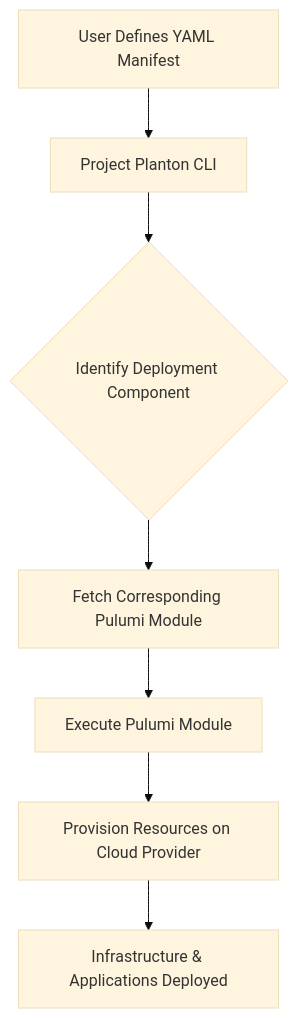
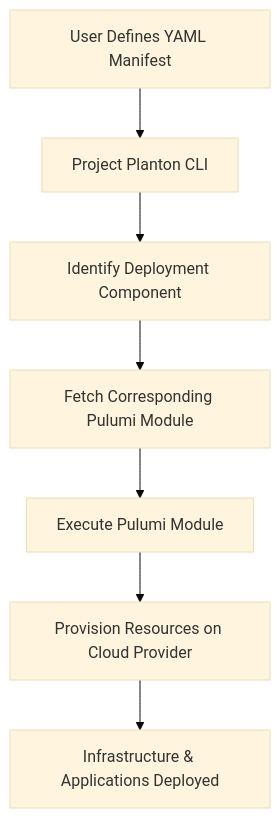
Before and after one commit to project-planton/project-planton: the diagram in docs/pages/get-started.mdx, drawn with Mermaid (base theme). The commit also changed 5 other files, not shown here.

Commit message:
added mermain diagram to readme

````diff
--- a/docs/pages/get-started.mdx
+++ b/docs/pages/get-started.mdx
@@ -86,9 +86,9 @@
 ```mermaid
 flowchart TD
     A[User Defines YAML Manifest] --> B[Project Planton CLI]
-    B --> C{Identify Deployment Component}
+    B --> C[Identify Deployment Component]
     C --> D[Fetch Corresponding Pulumi Module]
     D --> E[Execute Pulumi Module]
     E --> F[Provision Resources on Cloud Provider]
     F --> G[Infrastructure & Applications Deployed]
 ```
````
